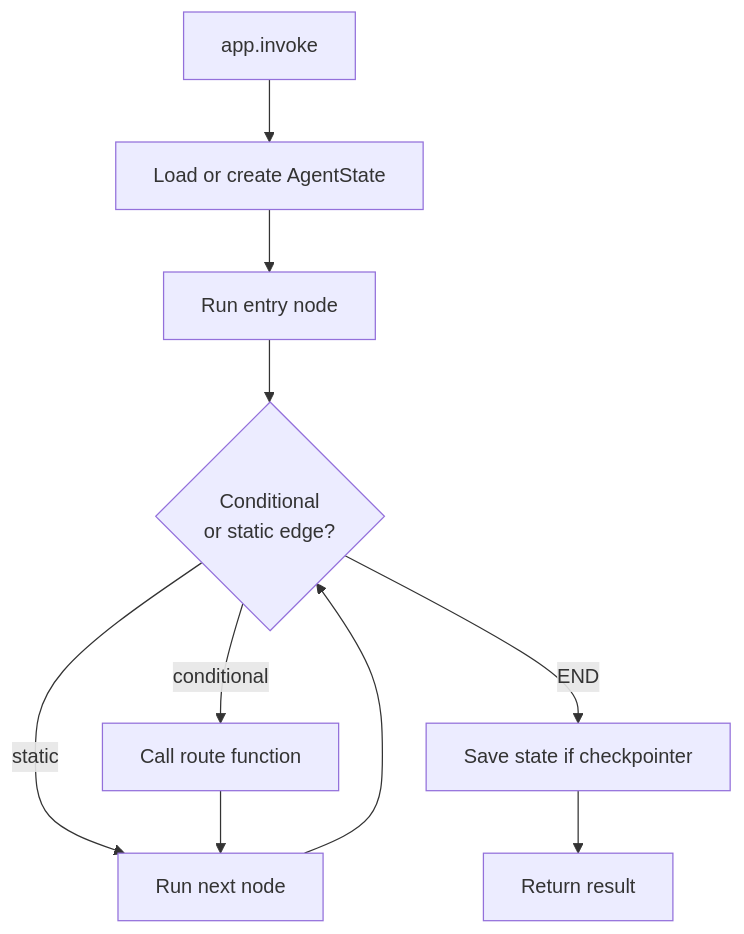
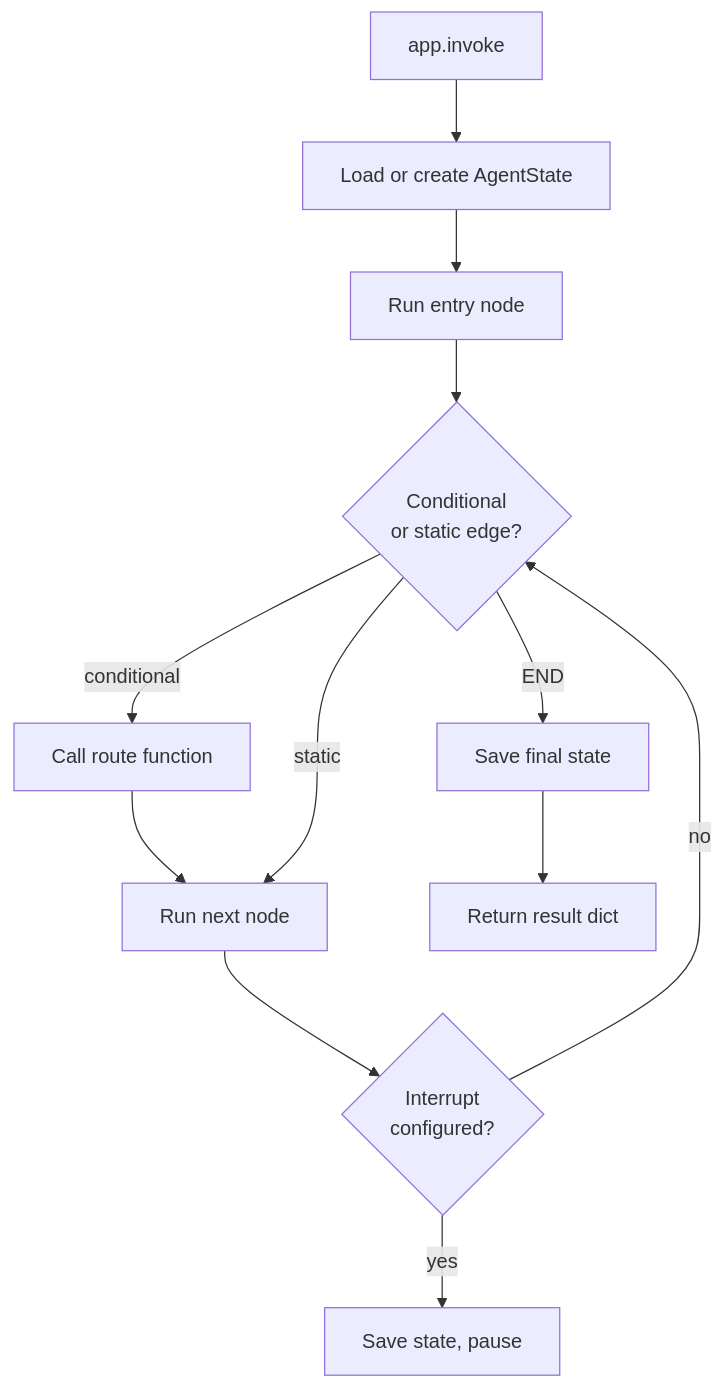
One commit to 10xHub/agentflow-docs changed the diagram in docs/concepts/state-graph.md. Above: the diagram before and after it, drawn with Mermaid. The commit also changed other lines of this file and 8 other files, not shown here.

````diff
--- a/docs/concepts/state-graph.md
+++ b/docs/concepts/state-graph.md
@@ -109,12 +214,14 @@
 ```mermaid
 flowchart TD
-  Invoke[app.invoke] --> LoadState[Load or create AgentState]
-  LoadState --> Entry[Run entry node]
+  Invoke[app.invoke] --> Load[Load or create AgentState]
+  Load --> Entry[Run entry node]
   Entry --> Route{Conditional\nor static edge?}
-  Route -->|static| NextNode[Run next node]
   Route -->|conditional| RouteFn[Call route function]
-  RouteFn --> NextNode
-  NextNode --> Route
-  Route -->|END| SaveState[Save state if checkpointer]
-  SaveState --> Return[Return result]
+  RouteFn --> NextNode[Run next node]
+  Route -->|static| NextNode
+  NextNode --> Interrupt{Interrupt\nconfigured?}
+  Interrupt -->|yes| PauseState[Save state, pause]
+  Interrupt -->|no| Route
+  Route -->|END| SaveFinal[Save final state]
+  SaveFinal --> Return[Return result dict]
 ```
````
